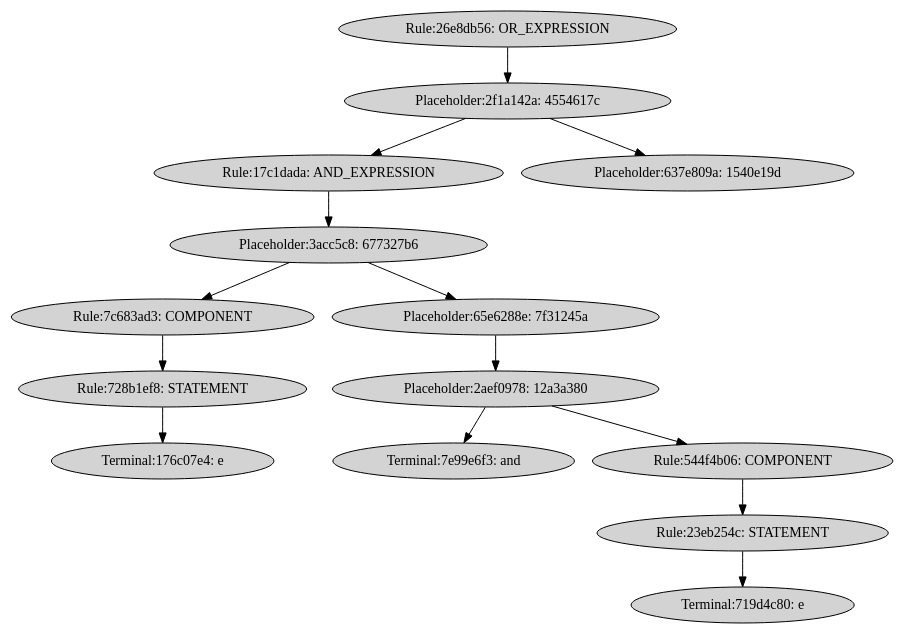
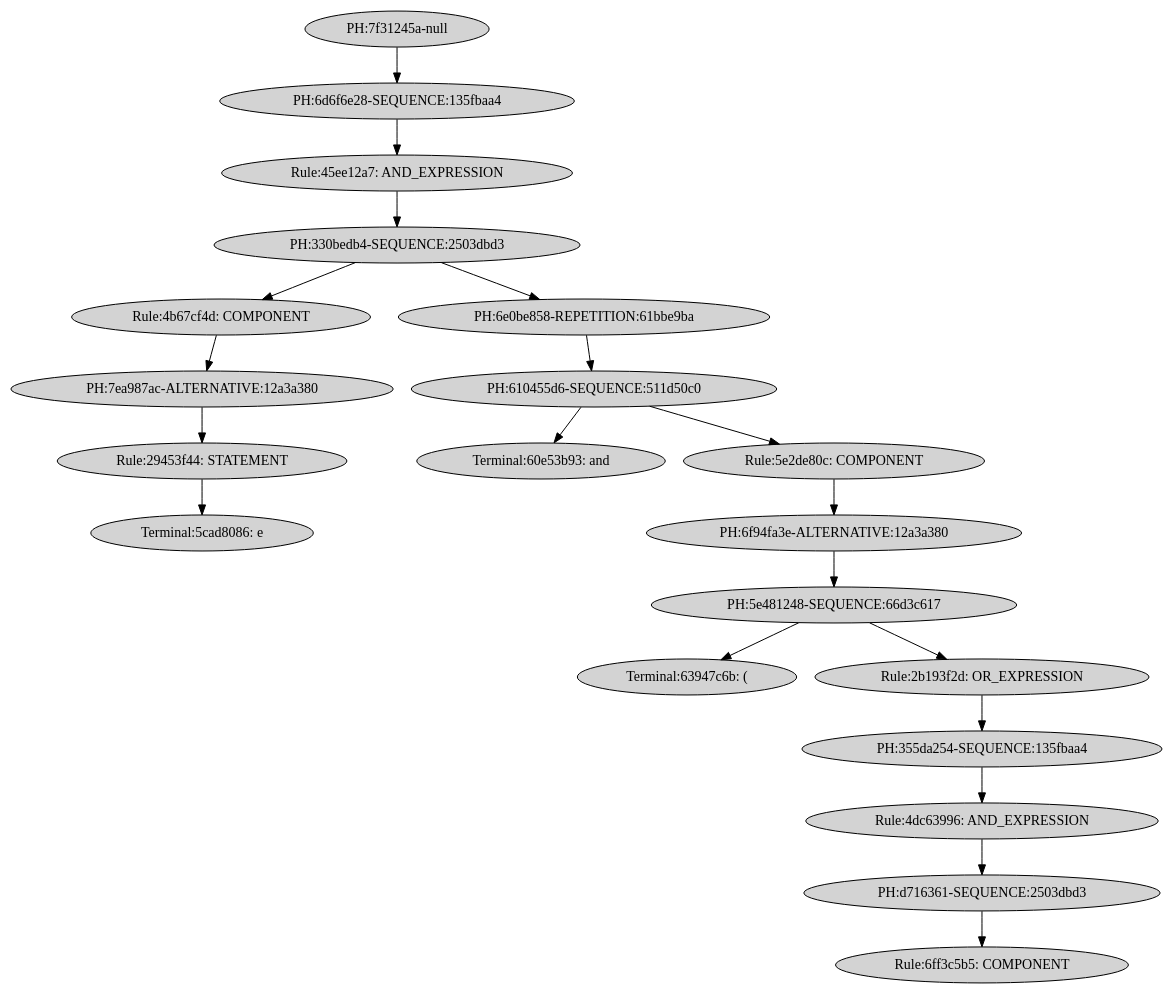
One commit to SMILEY4/SimpleParser changed the diagram in dotsource.dot. Above: the diagram before and after it, drawn with Graphviz. The commit also changed 7 other files, not shown here.

```diff
--- a/dotsource.dot
+++ b/dotsource.dot
@@ -1,16 +1,22 @@
 digraph G {
     node [style=filled];
-    "Rule:26e8db56: OR_EXPRESSION" -> "Placeholder:2f1a142a: 4554617c";
-    "Placeholder:2f1a142a: 4554617c" -> "Rule:17c1dada: AND_EXPRESSION";
-    "Placeholder:2f1a142a: 4554617c" -> "Placeholder:637e809a: 1540e19d";
-    "Rule:17c1dada: AND_EXPRESSION" -> "Placeholder:3acc5c8: 677327b6";
-    "Placeholder:3acc5c8: 677327b6" -> "Rule:7c683ad3: COMPONENT";
-    "Placeholder:3acc5c8: 677327b6" -> "Placeholder:65e6288e: 7f31245a";
-    "Rule:7c683ad3: COMPONENT" -> "Rule:728b1ef8: STATEMENT";
-    "Rule:728b1ef8: STATEMENT" -> "Terminal:176c07e4: e";
-    "Placeholder:65e6288e: 7f31245a" -> "Placeholder:2aef0978: 12a3a380";
-    "Placeholder:2aef0978: 12a3a380" -> "Terminal:7e99e6f3: and";
-    "Placeholder:2aef0978: 12a3a380" -> "Rule:544f4b06: COMPONENT";
-    "Rule:544f4b06: COMPONENT" -> "Rule:23eb254c: STATEMENT";
-    "Rule:23eb254c: STATEMENT" -> "Terminal:719d4c80: e";
+    "PH:7f31245a-null" -> "PH:6d6f6e28-SEQUENCE:135fbaa4";
+    "PH:6d6f6e28-SEQUENCE:135fbaa4" -> "Rule:45ee12a7: AND_EXPRESSION";
+    "Rule:45ee12a7: AND_EXPRESSION" -> "PH:330bedb4-SEQUENCE:2503dbd3";
+    "PH:330bedb4-SEQUENCE:2503dbd3" -> "Rule:4b67cf4d: COMPONENT";
+    "Rule:4b67cf4d: COMPONENT" -> "PH:7ea987ac-ALTERNATIVE:12a3a380";
+    "PH:7ea987ac-ALTERNATIVE:12a3a380" -> "Rule:29453f44: STATEMENT";
+    "Rule:29453f44: STATEMENT" -> "Terminal:5cad8086: e";
+    "PH:330bedb4-SEQUENCE:2503dbd3" -> "PH:6e0be858-REPETITION:61bbe9ba";
+    "PH:6e0be858-REPETITION:61bbe9ba" -> "PH:610455d6-SEQUENCE:511d50c0";
+    "PH:610455d6-SEQUENCE:511d50c0" -> "Terminal:60e53b93: and";
+    "PH:610455d6-SEQUENCE:511d50c0" -> "Rule:5e2de80c: COMPONENT";
+    "Rule:5e2de80c: COMPONENT" -> "PH:6f94fa3e-ALTERNATIVE:12a3a380";
+    "PH:6f94fa3e-ALTERNATIVE:12a3a380" -> "PH:5e481248-SEQUENCE:66d3c617";
+    "PH:5e481248-SEQUENCE:66d3c617" -> "Terminal:63947c6b: (";
+    "PH:5e481248-SEQUENCE:66d3c617" -> "Rule:2b193f2d: OR_EXPRESSION";
+    "Rule:2b193f2d: OR_EXPRESSION" -> "PH:355da254-SEQUENCE:135fbaa4";
+    "PH:355da254-SEQUENCE:135fbaa4" -> "Rule:4dc63996: AND_EXPRESSION";
+    "Rule:4dc63996: AND_EXPRESSION" -> "PH:d716361-SEQUENCE:2503dbd3";
+    "PH:d716361-SEQUENCE:2503dbd3" -> "Rule:6ff3c5b5: COMPONENT";
 }
```
